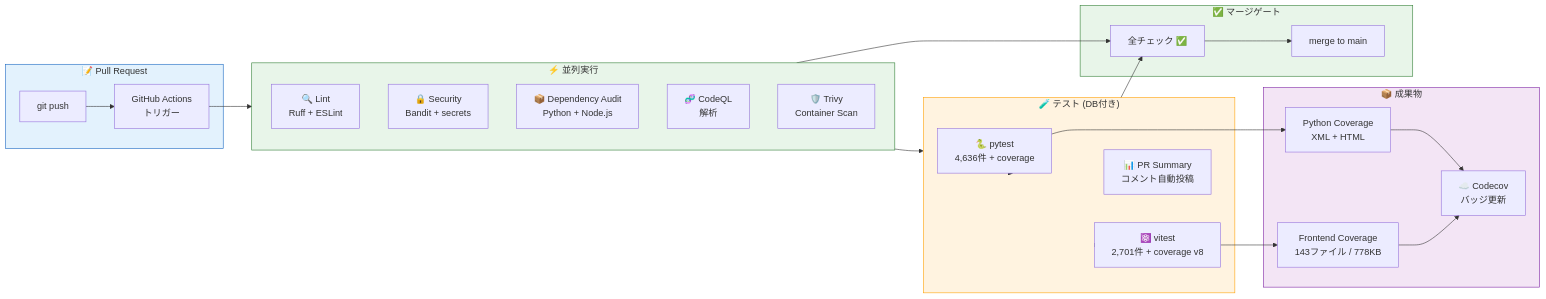
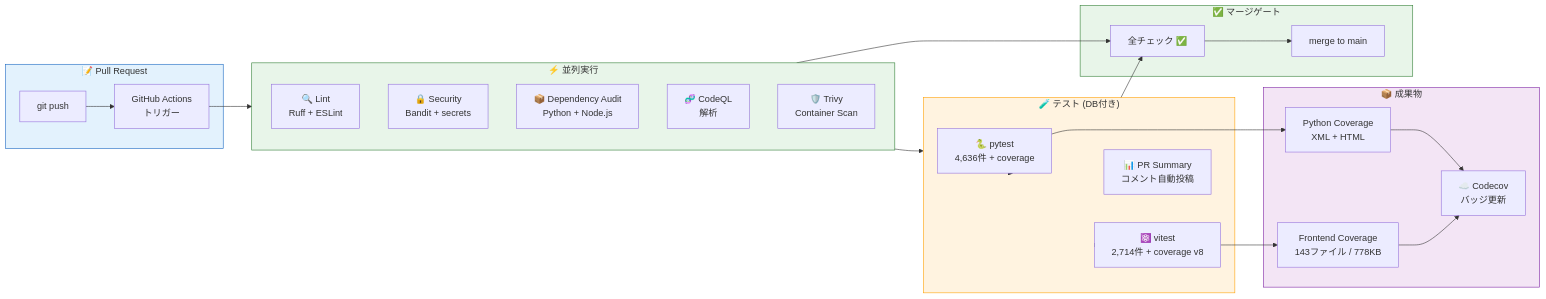
Before and after one commit to Kensan196948G/AEGIS-SIGHT: the first of 6 diagrams in README.md, drawn with Mermaid. The commit also changed other lines of this file and 1 other file, not shown here.

First line of the commit message:
docs: update README/state for functions 99.82% — 2714 vitest tests

````diff
--- a/README.md
+++ b/README.md
@@ -144,46 +144,46 @@
 ```mermaid
 flowchart LR
     subgraph PR["📝 Pull Request"]
         PUSH["git push"] --> TRIGGER["GitHub Actions\nトリガー"]
     end
 
     subgraph PARALLEL["⚡ 並列実行"]
         direction TB
         LINT["🔍 Lint\nRuff + ESLint"]
         SEC["🔒 Security\nBandit + secrets"]
         DEPS["📦 Dependency Audit\nPython + Node.js"]
         CODEQL["🧬 CodeQL\n解析"]
         TRIVY["🛡️ Trivy\nContainer Scan"]
     end
 
     subgraph TEST["🧪 テスト (DB付き)"]
         PYTEST["🐍 pytest\n4,636件 + coverage"]
-        VITEST["⚛️ vitest\n2,701件 + coverage v8"]
+        VITEST["⚛️ vitest\n2,714件 + coverage v8"]
         REPORT["📊 PR Summary\nコメント自動投稿"]
     end
 
     subgraph ARTIFACTS["📦 成果物"]
         PY_COV["Python Coverage\nXML + HTML"]
         FE_COV["Frontend Coverage\n143ファイル / 778KB"]
         CODECOV["☁️ Codecov\nバッジ更新"]
     end
 
     subgraph GATE["✅ マージゲート"]
         GREEN["全チェック ✅"] --> MERGE["merge to main"]
     end
 
     TRIGGER --> PARALLEL
     PARALLEL --> TEST
     TEST --> PYTEST & VITEST
     PYTEST --> PY_COV
     VITEST --> FE_COV
     PY_COV & FE_COV --> CODECOV
     TEST --> REPORT
     PARALLEL & TEST --> GREEN
 
     style PR fill:#E3F2FD,stroke:#1565C0
     style PARALLEL fill:#E8F5E9,stroke:#2E7D32
     style TEST fill:#FFF3E0,stroke:#FFA000
     style ARTIFACTS fill:#F3E5F5,stroke:#7B1FA2
     style GATE fill:#E8F5E9,stroke:#2E7D32
 ```
````
